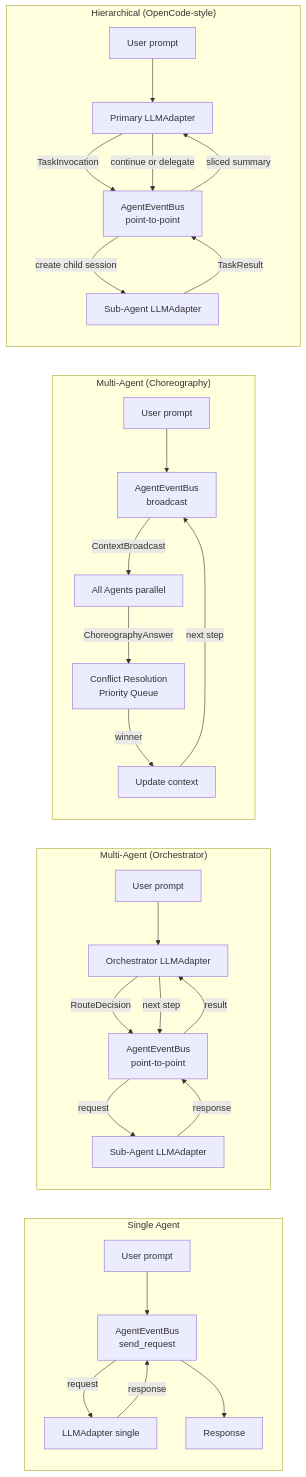
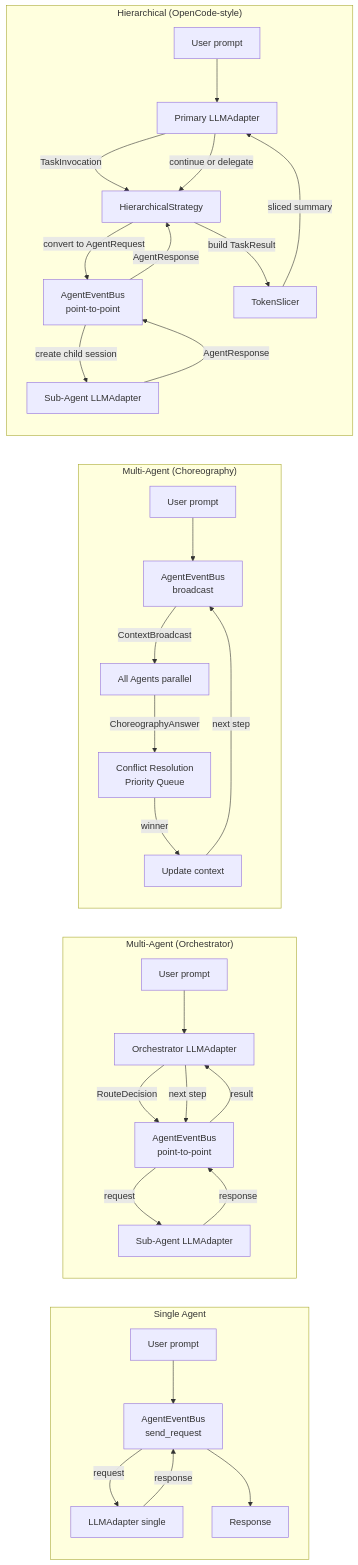
Before and after one commit to pese-git/codelab-agent: the first of 5 diagrams in doc/architecture/MULTIAGENT_TECHNICAL_SPECIFICATION.md, drawn with Mermaid. The commit also changed other lines of this file, not shown here.

First line of the commit message:
docs: clarify TaskInvocation as domain event, not bus contract

````diff
--- a/doc/architecture/MULTIAGENT_TECHNICAL_SPECIFICATION.md
+++ b/doc/architecture/MULTIAGENT_TECHNICAL_SPECIFICATION.md
@@ -92,35 +92,38 @@
 ```mermaid
 flowchart LR
     subgraph Single["Single Agent"]
         S1[User prompt] --> S2[AgentEventBus<br/>send_request]
         S2 -->|request| S3[LLMAdapter single]
         S3 -->|response| S2
         S2 --> S4[Response]
     end
 
     subgraph Orchestrated["Multi-Agent (Orchestrator)"]
         O1[User prompt] --> O2[Orchestrator LLMAdapter]
         O2 -->|RouteDecision| O3[AgentEventBus<br/>point-to-point]
         O3 -->|request| O4[Sub-Agent LLMAdapter]
         O4 -->|response| O3
         O3 -->|result| O2
         O2 -->|next step| O3
     end
 
     subgraph Choreography["Multi-Agent (Choreography)"]
         C1[User prompt] --> C2[AgentEventBus<br/>broadcast]
         C2 -->|ContextBroadcast| C3[All Agents parallel]
         C3 -->|ChoreographyAnswer| C4[Conflict Resolution<br/>Priority Queue]
         C4 -->|winner| C5[Update context]
         C5 -->|next step| C2
     end
 
     subgraph Hierarchical["Hierarchical (OpenCode-style)"]
         H1[User prompt] --> H2[Primary LLMAdapter]
-        H2 -->|TaskInvocation| H3[AgentEventBus<br/>point-to-point]
-        H3 -->|create child session| H4[Sub-Agent LLMAdapter]
-        H4 -->|TaskResult| H3
-        H3 -->|sliced summary| H2
+        H2 -->|TaskInvocation| H3[HierarchicalStrategy]
+        H3 -->|convert to AgentRequest| H4[AgentEventBus<br/>point-to-point]
+        H4 -->|create child session| H5[Sub-Agent LLMAdapter]
+        H5 -->|AgentResponse| H4
+        H4 -->|AgentResponse| H3
+        H3 -->|build TaskResult| H6[TokenSlicer]
+        H6 -->|sliced summary| H2
         H2 -->|continue or delegate| H3
     end
 ```
````
